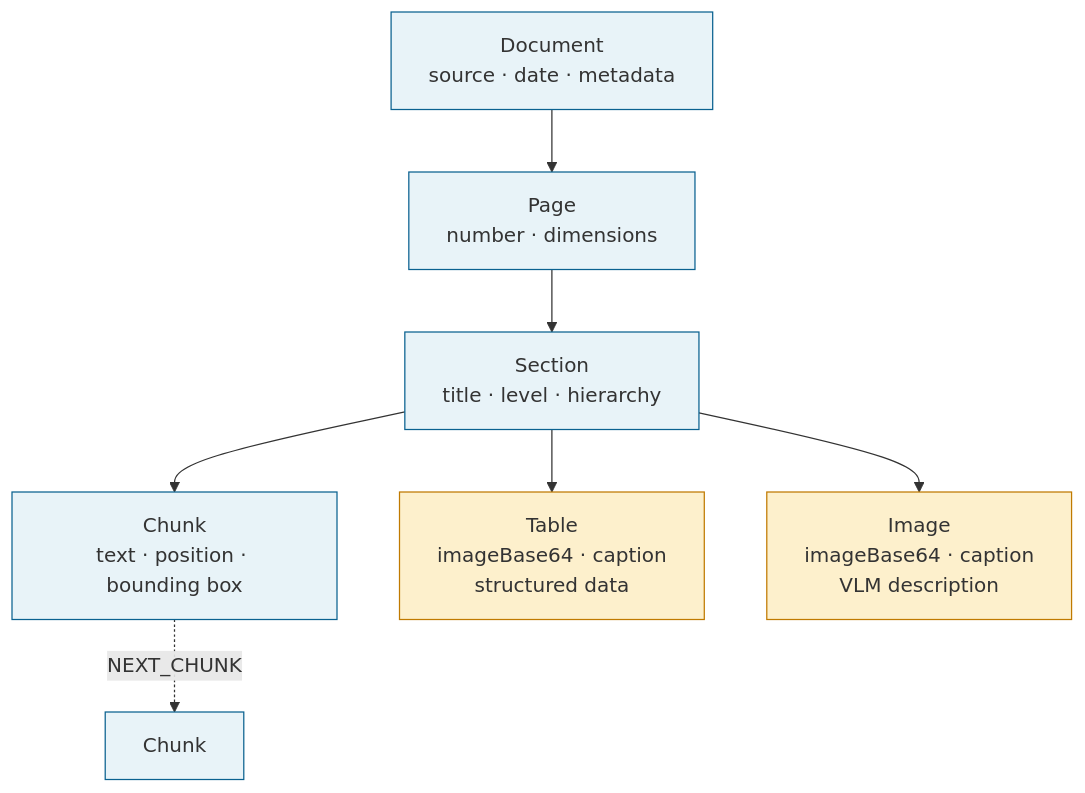
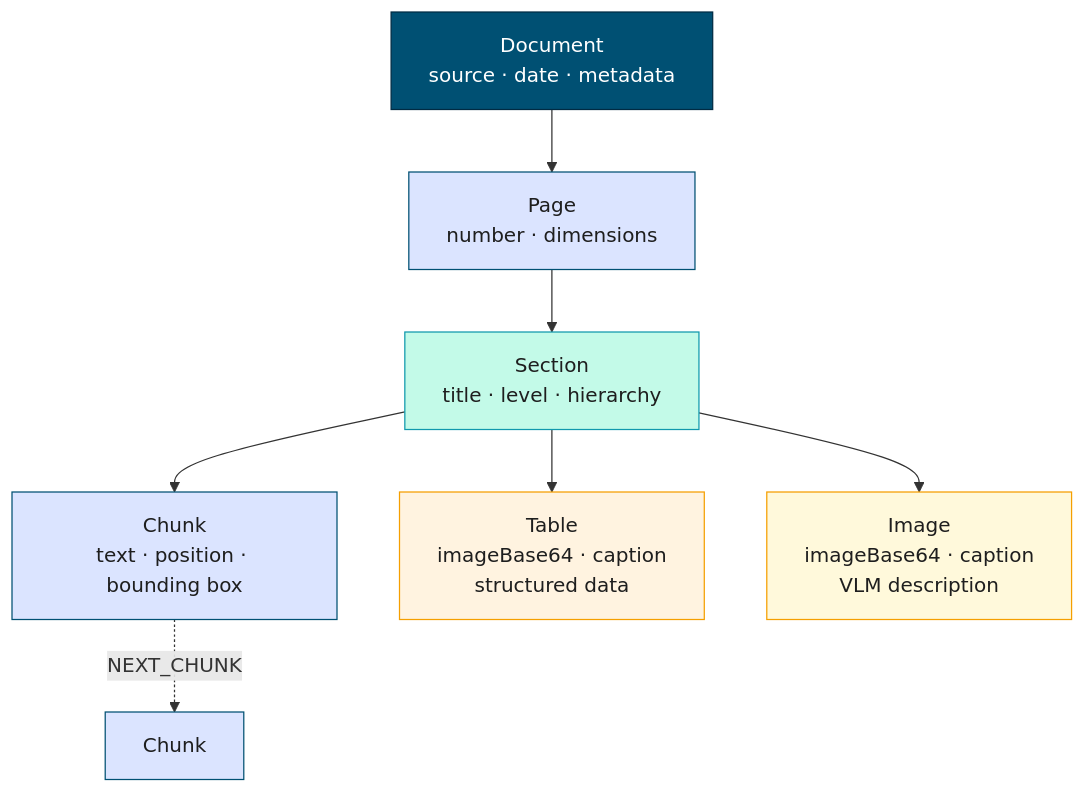
One commit to joy-neo4j/graph-intelligence-agent changed the fourth of 13 diagrams in outputs/Graph_Intelligence_Technical_DeepDive.md. Above: the diagram before and after it, drawn with Mermaid. The commit also changed other lines of this file and 1 other file, not shown here.

First line of the commit message:
style(diagrams): restyle all Mermaid diagrams for contrast and colour

````diff
--- a/outputs/Graph_Intelligence_Technical_DeepDive.md
+++ b/outputs/Graph_Intelligence_Technical_DeepDive.md
@@ -321,16 +336,16 @@
 ```mermaid
 graph TD
     Doc["Document<br/>source · date · metadata"] --> Page["Page<br/>number · dimensions"]
     Page --> Sec["Section<br/>title · level · hierarchy"]
     Sec --> C1["Chunk<br/>text · position · bounding box"]
     C1 -.->|NEXT_CHUNK| C2["Chunk"]
     Sec --> Tbl["Table<br/>imageBase64 · caption<br/>structured data"]
     Sec --> Img["Image<br/>imageBase64 · caption<br/>VLM description"]
-    style Doc fill:#E8F3F8,stroke:#0A6190
-    style Page fill:#E8F3F8,stroke:#0A6190
-    style Sec fill:#E8F3F8,stroke:#0A6190
-    style C1 fill:#E8F3F8,stroke:#0A6190
-    style C2 fill:#E8F3F8,stroke:#0A6190
-    style Tbl fill:#FDF0CC,stroke:#C07A00
-    style Img fill:#FDF0CC,stroke:#C07A00
+    style Doc fill:#005073,stroke:#002B43,color:#fff
+    style Page fill:#dbe4ff,stroke:#005073,color:#1e1e1e
+    style Sec fill:#c3fae8,stroke:#1098ad,color:#1e1e1e
+    style C1 fill:#dbe4ff,stroke:#005073,color:#1e1e1e
+    style C2 fill:#dbe4ff,stroke:#005073,color:#1e1e1e
+    style Tbl fill:#fff3e0,stroke:#f59f00,color:#1e1e1e
+    style Img fill:#fff9db,stroke:#f59f00,color:#1e1e1e
 ```
````
